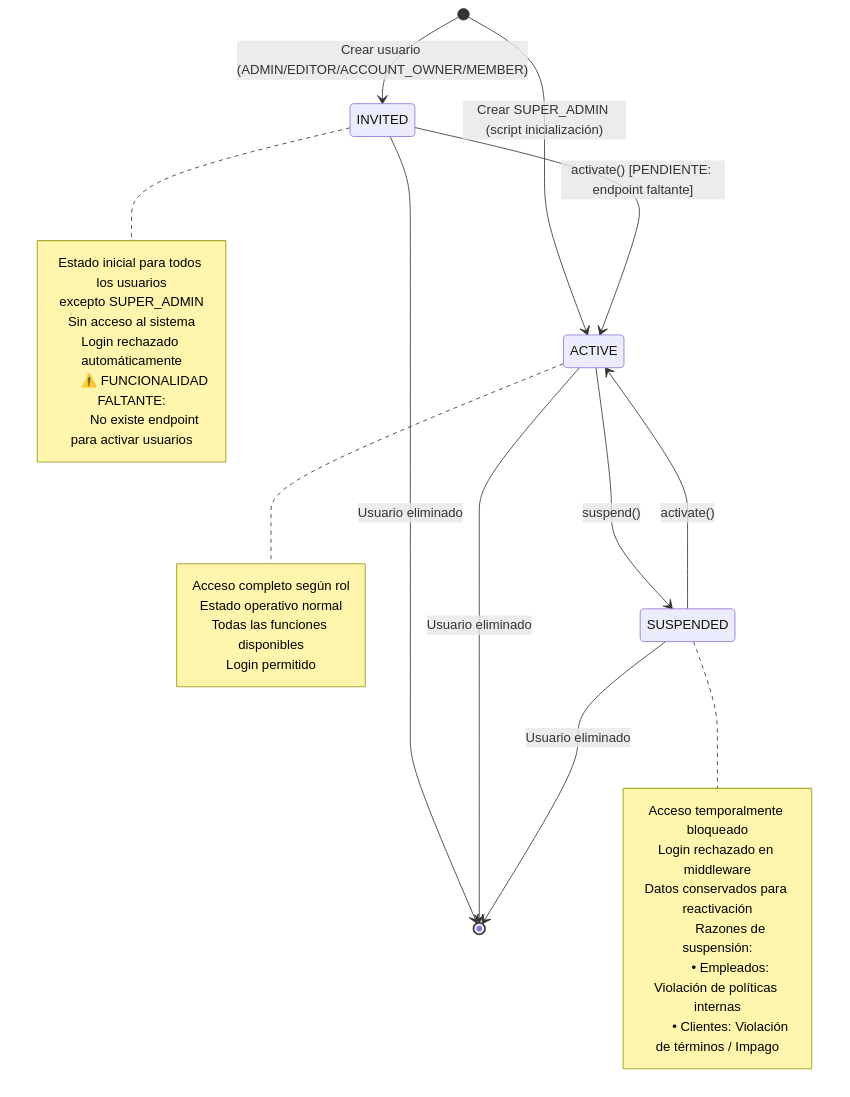
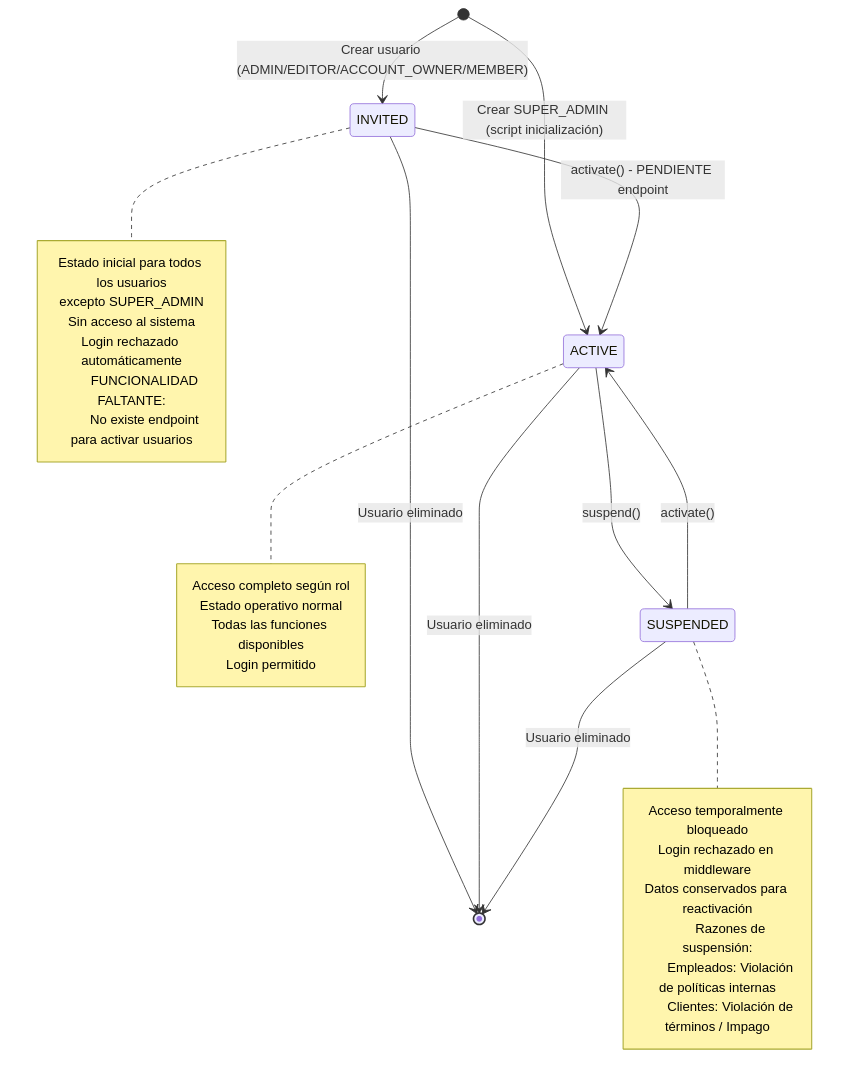
The second of 4 diagrams in README.md (uancamilo/asistentelegal), drawn with Mermaid before and after one commit.

Commit message:
correccion

````diff
--- a/README.md
+++ b/README.md
@@ -214,41 +214,41 @@
 ```mermaid
 stateDiagram-v2
     [*] --> INVITED : Crear usuario (ADMIN/EDITOR/ACCOUNT_OWNER/MEMBER)
     [*] --> ACTIVE : Crear SUPER_ADMIN (script inicialización)
 
-    INVITED --> ACTIVE : activate() [PENDIENTE: endpoint faltante]
+    INVITED --> ACTIVE : activate() - PENDIENTE endpoint
     INVITED --> [*] : Usuario eliminado
 
     ACTIVE --> SUSPENDED : suspend()
     ACTIVE --> [*] : Usuario eliminado
 
     SUSPENDED --> ACTIVE : activate()
     SUSPENDED --> [*] : Usuario eliminado
 
     note right of INVITED
         Estado inicial para todos los usuarios
         excepto SUPER_ADMIN
         Sin acceso al sistema
         Login rechazado automáticamente
 
-        ⚠️ FUNCIONALIDAD FALTANTE:
+        FUNCIONALIDAD FALTANTE:
         No existe endpoint para activar usuarios
     end note
 
     note right of ACTIVE
         Acceso completo según rol
         Estado operativo normal
         Todas las funciones disponibles
         Login permitido
     end note
 
     note right of SUSPENDED
         Acceso temporalmente bloqueado
         Login rechazado en middleware
         Datos conservados para reactivación
 
         Razones de suspensión:
-        • Empleados: Violación de políticas internas
-        • Clientes: Violación de términos / Impago
+        Empleados: Violación de políticas internas
+        Clientes: Violación de términos / Impago
     end note
 ```
````
